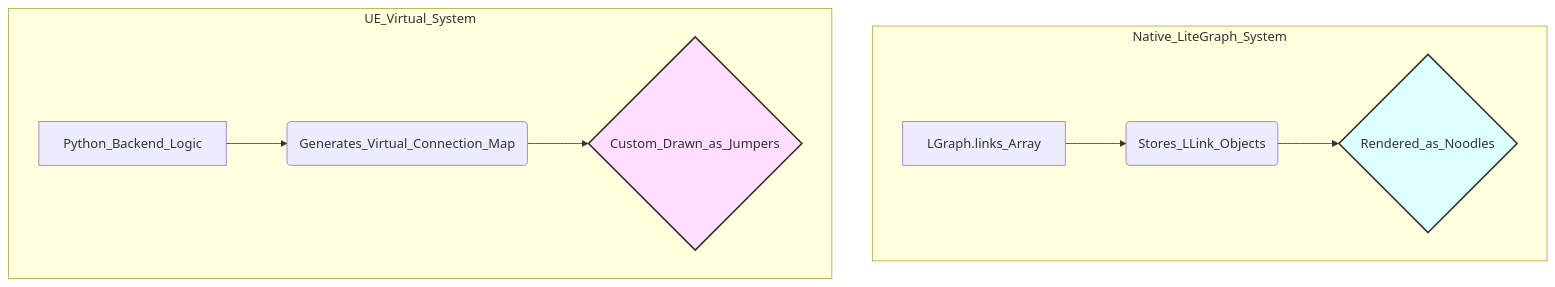
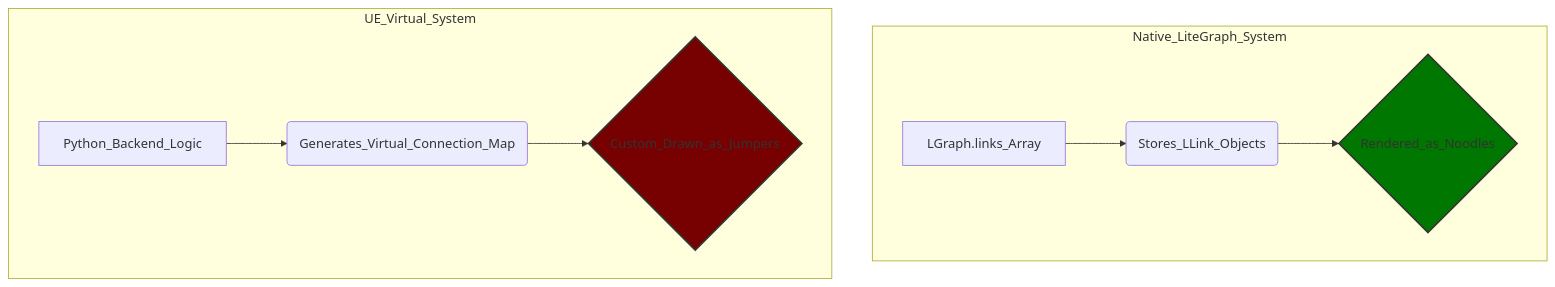
Before and after one commit to gin-melodic/my-blog: the second of 4 diagrams in src/content/blog/cg-everything.md, drawn with Mermaid. The commit also changed other lines of this file and 8 other files, not shown here.

```diff
--- a/src/content/blog/cg-everything.md
+++ b/src/content/blog/cg-everything.md
@@ -73,17 +73,17 @@
 <pre class="mermaid">
 graph TD
     subgraph Native_LiteGraph_System
         direction LR
         A[LGraph.links_Array] --> B(Stores_LLink_Objects);
         B --> C{Rendered_as_Noodles};
     end
 
     subgraph UE_Virtual_System
         direction LR
         X[Python_Backend_Logic] --> Y(Generates_Virtual_Connection_Map);
         Y --> Z{Custom_Drawn_as_Jumpers};
     end
 
-    style C fill:#dff,stroke:#333,stroke-width:2px
-    style Z fill:#fdf,stroke:#333,stroke-width:2px
+    style C fill:#070,stroke:#333,stroke-width:2px
+    style Z fill:#700,stroke:#333,stroke-width:2px
 </pre>
```
